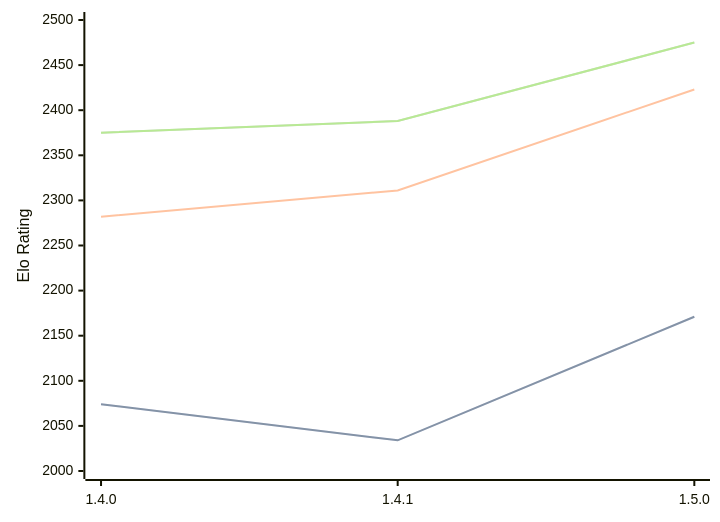
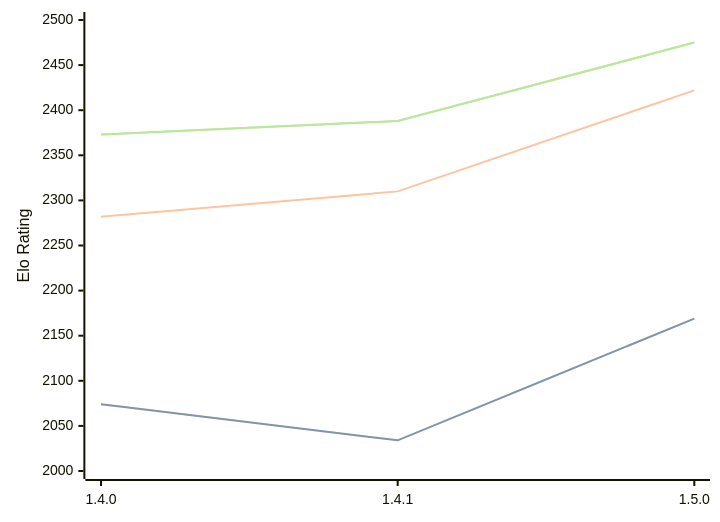
One commit to computer-chess-index/cci changed the diagram in engines/Tofiks.md. Above: the diagram before and after it, drawn with Mermaid. The commit also changed other lines of this file, not shown here.

Commit message:
Update CCI Ratings (ELO VLTC) - 2026-07-27

````diff
--- a/engines/Tofiks.md
+++ b/engines/Tofiks.md
@@ -37,11 +37,11 @@
 ```mermaid
 %%{init: {"theme":"base","themeVariables":{"seriesColors:['#a3a3a3','#222221','#faa371']}}}%%
 xychart-beta
   x-axis ["1.4.0", "1.4.1", "1.5.0"]
   y-axis "Elo Rating" 2000 --> 2500
-  line "STC (8.0+0.08s)" [2074, 2034, 2171]
-  line "STC (8.0+0.08s)" [2074, 2034, 2171]
-  line "LTC (60.0+0.60s)" [2282, 2311, 2423]
-  line "VLTC (2m24s+1.12s)" [2375, 2388, 2475]
-  line "VLTC (2m24s+1.12s)" [2375, 2388, 2475]
+  line "STC (8.0+0.08s)" [2074, 2034, 2169]
+  line "STC (8.0+0.08s)" [2074, 2034, 2169]
+  line "LTC (60.0+0.60s)" [2282, 2310, 2422]
+  line "VLTC (2m24s+1.12s)" [2373, 2388, 2475]
+  line "VLTC (2m24s+1.12s)" [2373, 2388, 2475]
 ```
````
